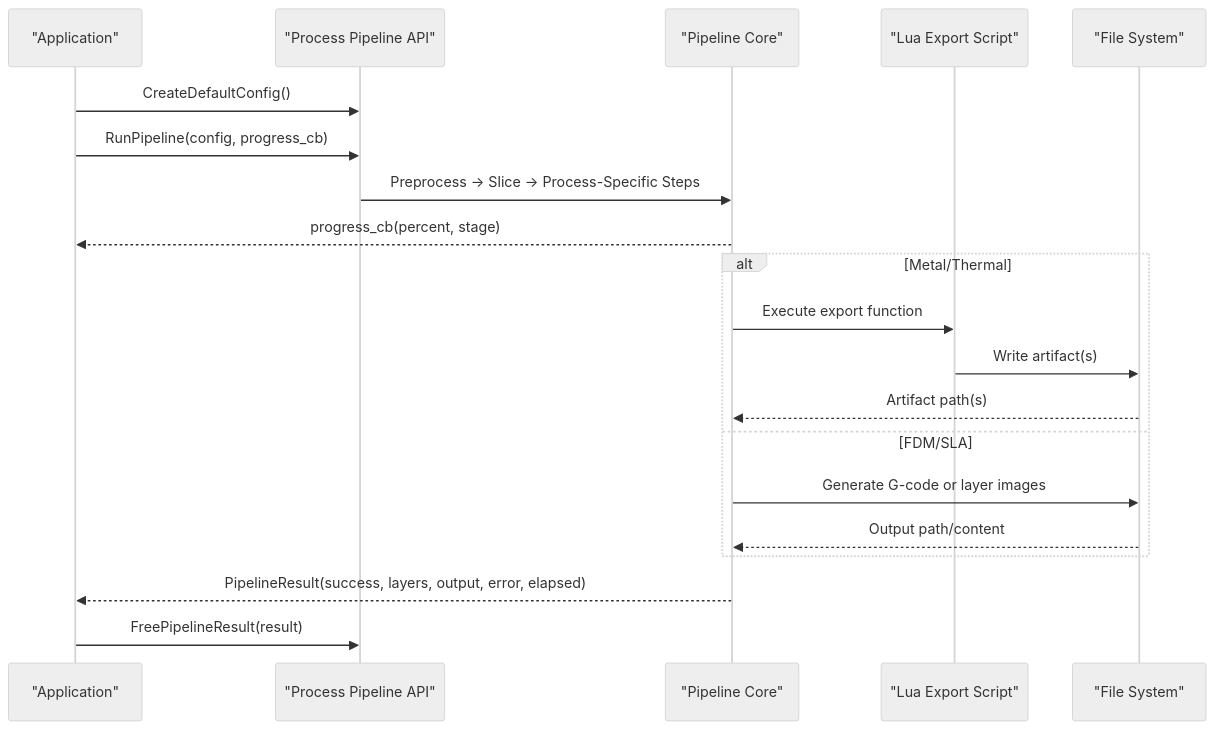
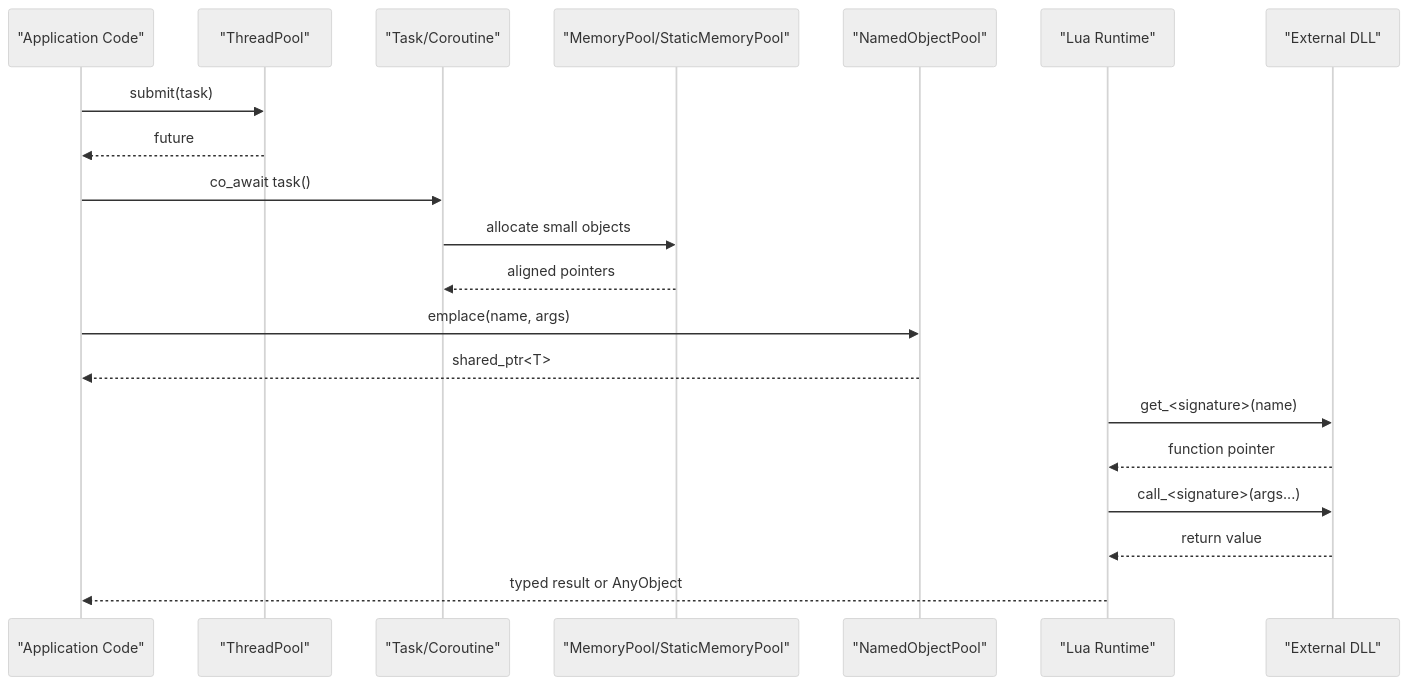
The second of 10 diagrams in .qoder/repowiki/en/content/Advanced Features/Advanced Features.md (hsmbanlance/HsBaSlicer), drawn with Mermaid (neutral theme) before and after one commit. The commit also changed other lines of this file and 1095 other files, not shown here.

````diff
--- a/.qoder/repowiki/en/content/Advanced Features/Advanced Features.md
+++ b/.qoder/repowiki/en/content/Advanced Features/Advanced Features.md
@@ -332,22 +122,22 @@
 ```mermaid
 sequenceDiagram
-participant App as "Application"
-participant API as "Process Pipeline API"
-participant Core as "Pipeline Core"
-participant Lua as "Lua Export Script"
-participant IO as "File System"
-App->>API : CreateDefaultConfig()
-App->>API : RunPipeline(config, progress_cb)
-API->>Core : Preprocess -> Slice -> Process-Specific Steps
-Core-->>App : progress_cb(percent, stage)
-alt Metal/Thermal
-Core->>Lua : Execute export function
-Lua->>IO : Write artifact(s)
-IO-->>Core : Artifact path(s)
-else FDM/SLA
-Core->>IO : Generate G-code or layer images
-IO-->>Core : Output path/content
-end
-Core-->>App : PipelineResult(success, layers, output, error, elapsed)
-App->>API : FreePipelineResult(result)
+participant App as "Application Code"
+participant TP as "ThreadPool"
+participant Coro as "Task/Coroutine"
+participant Mem as "MemoryPool/StaticMemoryPool"
+participant Obj as "NamedObjectPool"
+participant Lua as "Lua Runtime"
+participant Ext as "External DLL"
+App->>TP : submit(task)
+TP-->>App : future
+App->>Coro : co_await task()
+Coro->>Mem : allocate small objects
+Mem-->>Coro : aligned pointers
+App->>Obj : emplace(name, args)
+Obj-->>App : shared_ptr<T>
+Lua->>Ext : get_<signature>(name)
+Ext-->>Lua : function pointer
+Lua->>Ext : call_<signature>(args...)
+Ext-->>Lua : return value
+Lua-->>App : typed result or AnyObject
 ```
````
